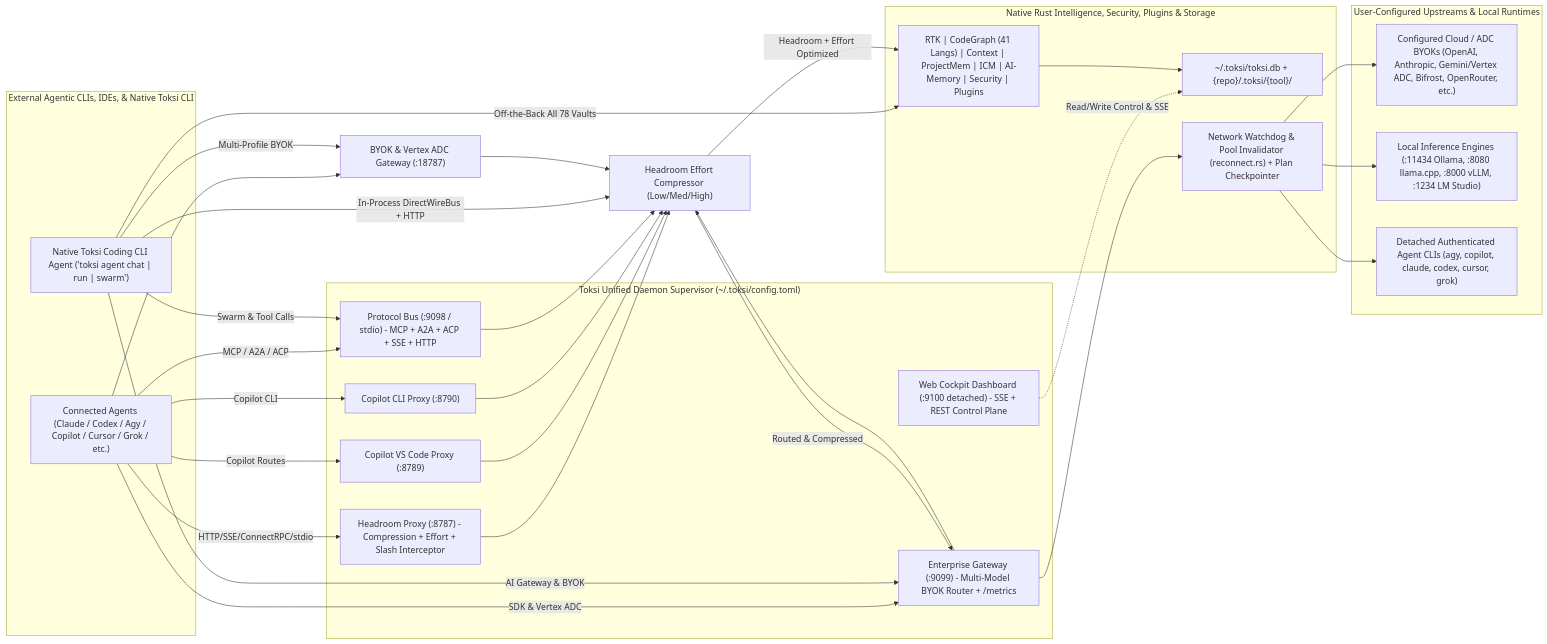
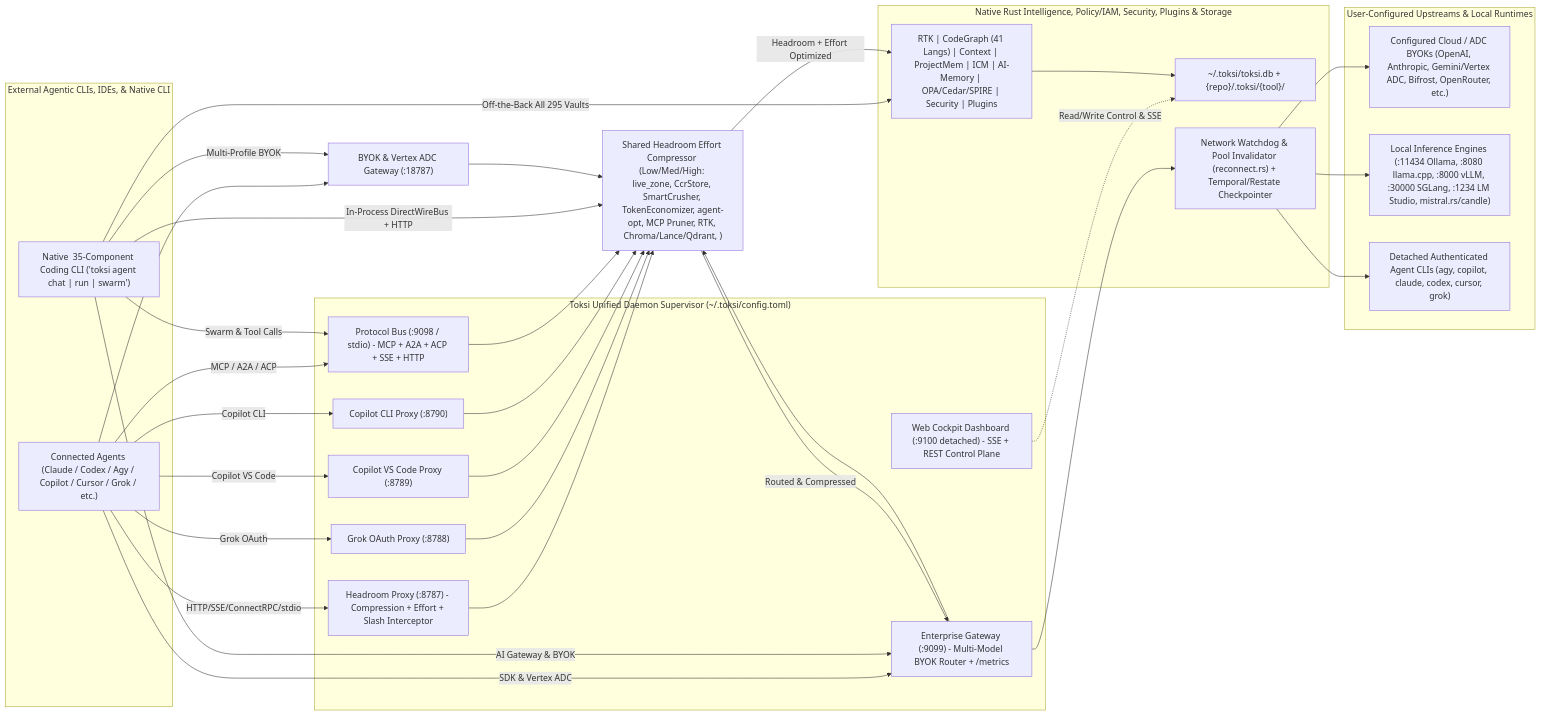
One commit to Navegos/neo changed the first of 3 diagrams in crates/toksi/research/RESEARCHPLAN.md. Above: the diagram before and after it, drawn with Mermaid. The commit also changed other lines of this file and 2 other files, not shown here.

Commit message:
Refactor code structure for improved readability and maintainability

````diff
--- a/crates/toksi/research/RESEARCHPLAN.md
+++ b/crates/toksi/research/RESEARCHPLAN.md
@@ -314,55 +612,58 @@
 ```mermaid
 flowchart LR
-    subgraph Clients["External Agentic CLIs, IDEs, & Native Toksi CLI"]
+    subgraph Clients["External Agentic CLIs, IDEs, & Native <toksi-siagent> CLI"]
         A1["Connected Agents (Claude / Codex / Agy / Copilot / Cursor / Grok / etc.)"]
-        A2["Native Toksi Coding CLI Agent ('toksi agent chat | run | swarm')"]
+        A2["Native <toksi-siagent> 35-Component Coding CLI ('toksi agent chat | run | swarm')"]
     end
 
     subgraph Runtime["Toksi Unified Daemon Supervisor (~/.toksi/config.toml)"]
         P8787["Headroom Proxy (:8787) - Compression + Effort + Slash Interceptor"]
+        P8788["Grok OAuth Proxy (:8788)"]
         P8789["Copilot VS Code Proxy (:8789)"]
         P8790["Copilot CLI Proxy (:8790)"]
         P9098["Protocol Bus (:9098 / stdio) - MCP + A2A + ACP + SSE + HTTP"]
         P9099["Enterprise Gateway (:9099) - Multi-Model BYOK Router + /metrics"]
         P9100["Web Cockpit Dashboard (:9100 detached) - SSE + REST Control Plane"]
     end
 
-    subgraph Core["Native Rust Intelligence, Security, Plugins & Storage"]
-        Tools["RTK | CodeGraph (41 Langs) | Context | ProjectMem | ICM | AI-Memory | Security | Plugins"]
+    subgraph Core["Native Rust Intelligence, Policy/IAM, Security, Plugins & Storage"]
+        Tools["RTK | CodeGraph (41 Langs) | Context | ProjectMem | ICM | AI-Memory | OPA/Cedar/SPIRE | Security | Plugins"]
         DB["~/.toksi/toksi.db + {repo}/.toksi/{tool}/"]
-        Heal["Network Watchdog & Pool Invalidator (reconnect.rs) + Plan Checkpointer"]
+        Heal["Network Watchdog & Pool Invalidator (reconnect.rs) + Temporal/Restate Checkpointer"]
     end
 
     subgraph Upstream["User-Configured Upstreams & Local Runtimes"]
         Cloud["Configured Cloud / ADC BYOKs (OpenAI, Anthropic, Gemini/Vertex ADC, Bifrost, OpenRouter, etc.)"]
-        Local["Local Inference Engines (:11434 Ollama, :8080 llama.cpp, :8000 vLLM, :1234 LM Studio)"]
+        Local["Local Inference Engines (:11434 Ollama, :8080 llama.cpp, :8000 vLLM, :30000 SGLang, :1234 LM Studio, mistral.rs/candle)"]
         CLI["Detached Authenticated Agent CLIs (agy, copilot, claude, codex, cursor, grok)"]
     end
 
     A1 -->|HTTP/SSE/ConnectRPC/stdio| P8787
-    A1 -->|Copilot Routes| P8789
+    A1 -->|Grok OAuth| P8788
+    A1 -->|Copilot VS Code| P8789
     A1 -->|Copilot CLI| P8790
     A1 -->|MCP / A2A / ACP| P9098
     A1 -->|SDK & Vertex ADC| P9099
     A1 -->|"<byok, model, effort>"| P18787["BYOK & Vertex ADC Gateway (:18787)"]
-    A2 -->|In-Process DirectWireBus + HTTP| Compress["Headroom Effort Compressor (Low/Med/High)"]
+    A2 -->|In-Process DirectWireBus + HTTP| Compress["Shared Headroom Effort Compressor (Low/Med/High: live_zone, CcrStore, SmartCrusher, TokenEconomizer, agent-opt, MCP Pruner, RTK, Chroma/Lance/Qdrant, <enforce>)"]
     A2 -->|Swarm & Tool Calls| P9098
     A2 -->|AI Gateway & BYOK| P9099
     A2 -->|Multi-Profile BYOK| P18787
-    A2 -->|Off-the-Back All 78 Vaults| Tools
+    A2 -->|Off-the-Back All 295 Vaults| Tools
 
     P8787 --> Compress
+    P8788 --> Compress
     P8789 --> Compress
     P8790 --> Compress
     P9098 --> Compress
     P9099 --> Compress
     P18787 --> Compress
     Compress -->|Headroom + Effort Optimized| Tools
     Compress -->|Routed & Compressed| P9099
     P9099 --> Heal
     Heal --> Cloud
     Heal --> Local
     Heal --> CLI
     P9100 -.->|Read/Write Control & SSE| DB
     Tools --> DB
 ```
````
